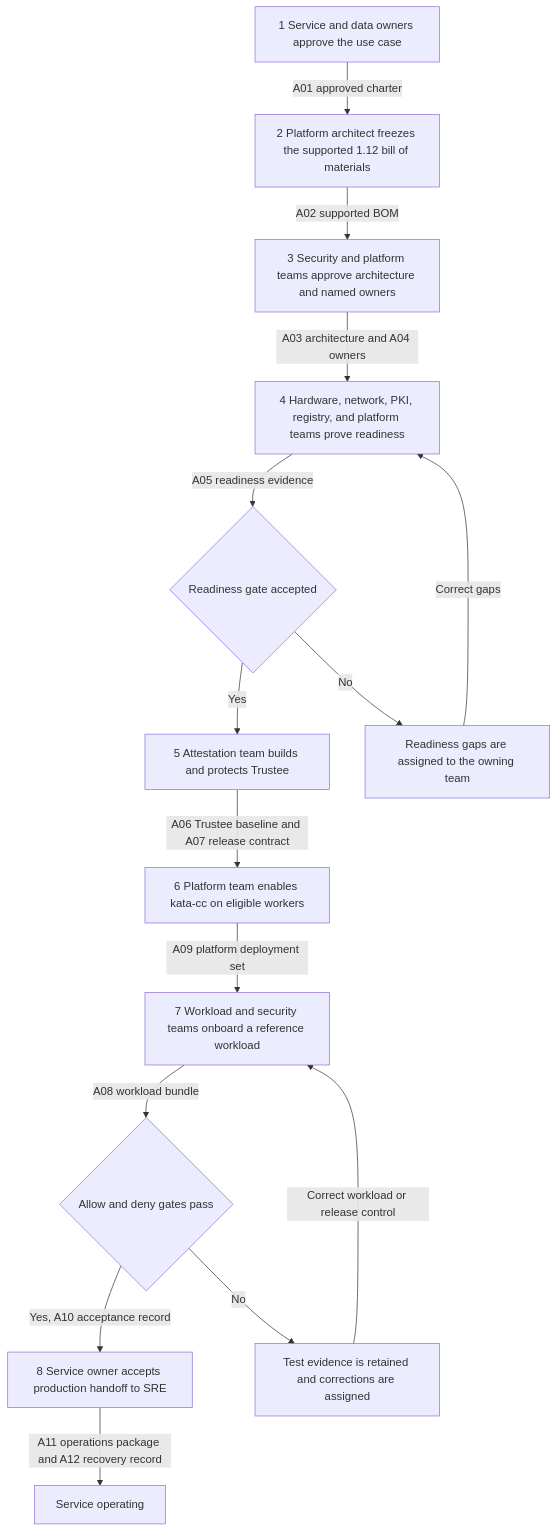
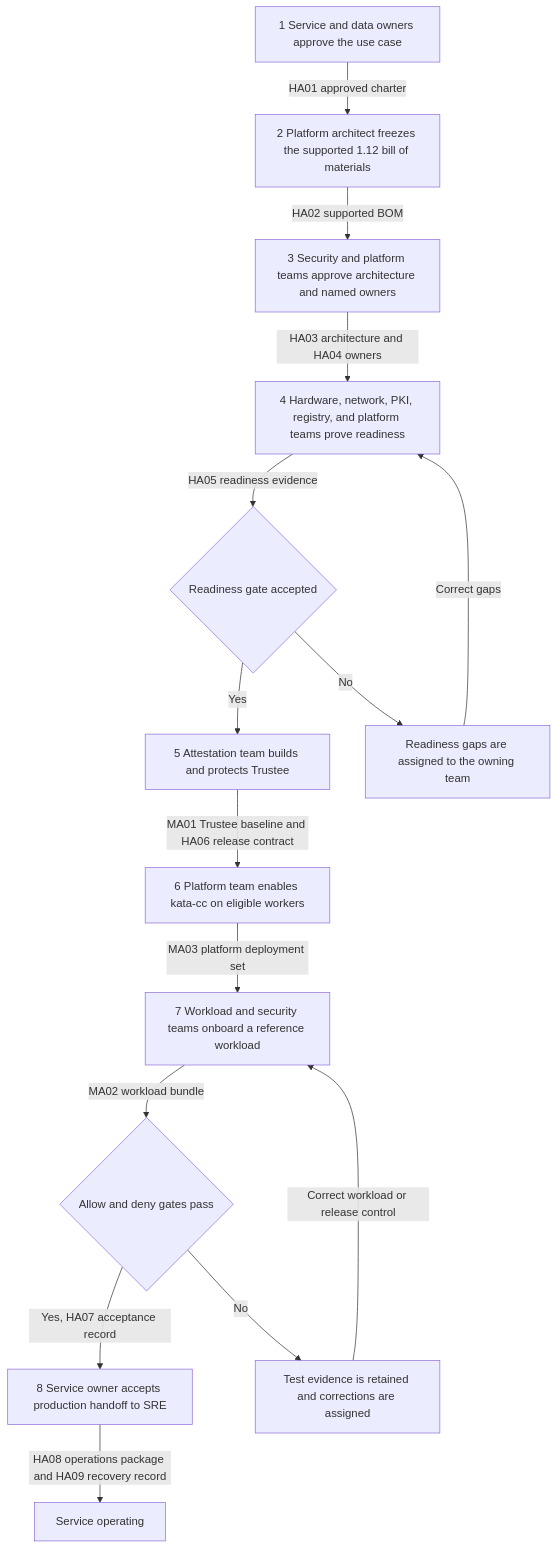
One commit to shpwrck/openshift-confidential-containers changed the first of 3 diagrams in docs/getting-started-and-operations.md. Above: the diagram before and after it, drawn with Mermaid. The commit also changed other lines of this file, not shown here.

````diff
--- a/docs/getting-started-and-operations.md
+++ b/docs/getting-started-and-operations.md
@@ -129,30 +130,30 @@
 ```mermaid
 flowchart TD
   A["1 Service and data owners approve the use case"]
   B["2 Platform architect freezes the supported 1.12 bill of materials"]
   C["3 Security and platform teams approve architecture and named owners"]
   D["4 Hardware, network, PKI, registry, and platform teams prove readiness"]
   E{"Readiness gate accepted"}
   F["5 Attestation team builds and protects Trustee"]
   G["6 Platform team enables kata-cc on eligible workers"]
   H["7 Workload and security teams onboard a reference workload"]
   I{"Allow and deny gates pass"}
   J["8 Service owner accepts production handoff to SRE"]
   L["Readiness gaps are assigned to the owning team"]
   M["Test evidence is retained and corrections are assigned"]
 
-  A -->|"A01 approved charter"| B
-  B -->|"A02 supported BOM"| C
-  C -->|"A03 architecture and A04 owners"| D
-  D -->|"A05 readiness evidence"| E
+  A -->|"HA01 approved charter"| B
+  B -->|"HA02 supported BOM"| C
+  C -->|"HA03 architecture and HA04 owners"| D
+  D -->|"HA05 readiness evidence"| E
   E -->|"No"| L
   L -->|"Correct gaps"| D
   E -->|"Yes"| F
-  F -->|"A06 Trustee baseline and A07 release contract"| G
-  G -->|"A09 platform deployment set"| H
-  H -->|"A08 workload bundle"| I
+  F -->|"MA01 Trustee baseline and HA06 release contract"| G
+  G -->|"MA03 platform deployment set"| H
+  H -->|"MA02 workload bundle"| I
   I -->|"No"| M
   M -->|"Correct workload or release control"| H
-  I -->|"Yes, A10 acceptance record"| J
-  J -->|"A11 operations package and A12 recovery record"| K["Service operating"]
+  I -->|"Yes, HA07 acceptance record"| J
+  J -->|"HA08 operations package and HA09 recovery record"| K["Service operating"]
 ```
````
